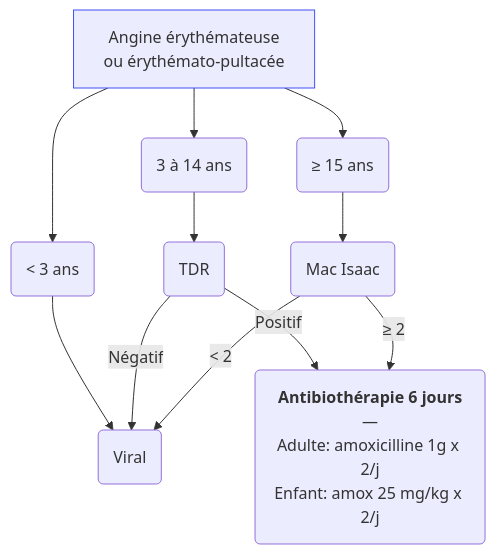
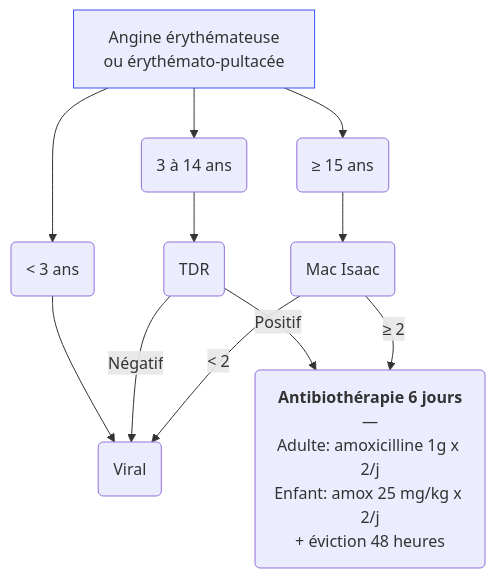
One commit to djibe/recommandations-medicales changed the diagram in content/recommandations/angine.md. Above: the diagram before and after it, drawn with Mermaid. The commit also changed other lines of this file and 9 other files, not shown here.

```diff
--- a/content/recommandations/angine.md
+++ b/content/recommandations/angine.md
@@ -232,10 +232,10 @@
 {{< mermaid title="Prise en charge de l'angine selon le tableau clinique. Dr JB Fron d'après SPILF/HAS 2016 et HAS 2021" >}}
 graph TB
 accTitle: Prise en charge de l'angine selon le tableau clinique d'après SPILF/HAS 2016 et HAS 2021
   angine[Angine érythémateuse<br>ou érythémato-pultacée] --> moins3("&lt; 3 ans") --> viral(Viral)
   style angine stroke:#4150f5, stroke-width:1px
-    angine --> 314ans(3 à 14 ans) --> TDR(TDR) -- "Positif" --> ATB("<b>Antibiothérapie 6 jours</b><br>—<br>Adulte: amoxicilline 1g x 2/j<br>Enfant: amox 25 mg/kg x 2/j")
+    angine --> 314ans(3 à 14 ans) --> TDR(TDR) -- "Positif" --> ATB("<b>Antibiothérapie 6 jours</b><br>—<br>Adulte: amoxicilline 1g x 2/j<br>Enfant: amox 25 mg/kg x 2/j<br>+ éviction 48 heures")
       TDR -- Négatif --> viral
     angine --> 15plus("≥ 15 ans") --> score(Mac Isaac) -- "≥ 2" --> ATB
       score -- "&lt; 2" --> viral
 {{< /mermaid >}}
```
